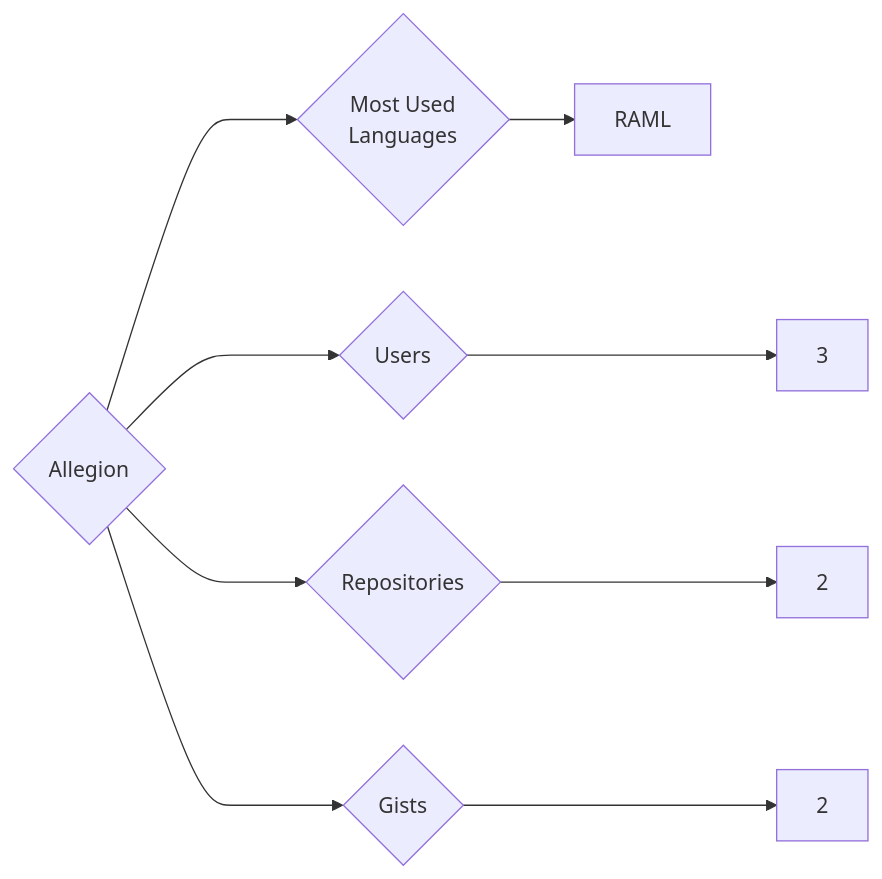
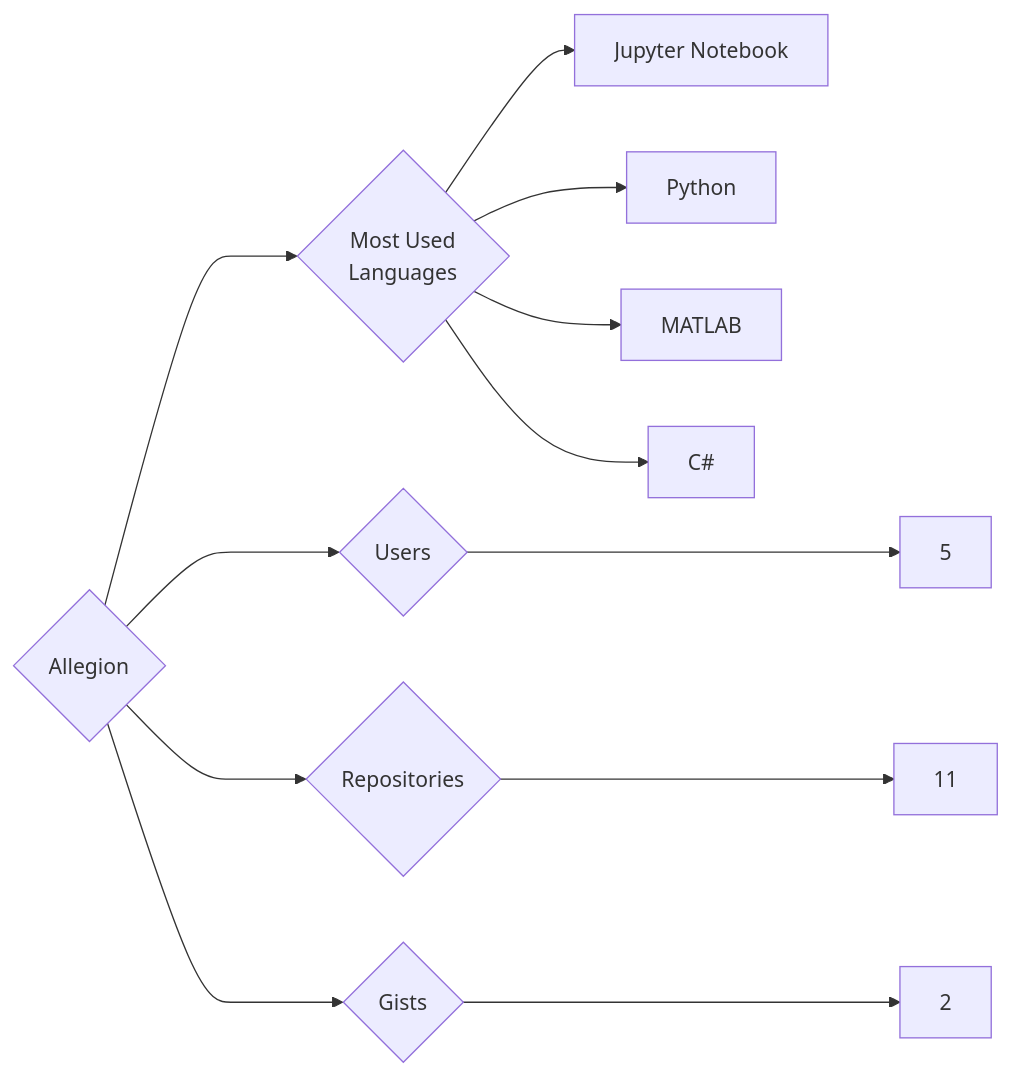
One commit to trickest/insiders changed the diagram in targets/Allegion/README.md. Above: the diagram before and after it, drawn with Mermaid. The commit also changed 880 other files, not shown here.

````diff
--- a/targets/Allegion/README.md
+++ b/targets/Allegion/README.md
@@ -3,9 +3,12 @@
 ```mermaid
 graph LR
 COMPANY_NAME{Allegion}
-COMPANY_NAME ---> U{Users} ---> UN[3]
-COMPANY_NAME ---> R{Repositories} ---> RN[2]
+COMPANY_NAME ---> U{Users} ---> UN[5]
+COMPANY_NAME ---> R{Repositories} ---> RN[11]
 COMPANY_NAME ---> G{Gists} ---> GN[2]
 COMPANY_NAME ---> ML{Most Used<br>Languages}
-ML --> RAML[RAML]
+ML --> Jupyter_Notebook[Jupyter Notebook]
+ML --> Python[Python]
+ML --> MATLAB[MATLAB]
+ML --> C#[C#]
 ```
````
